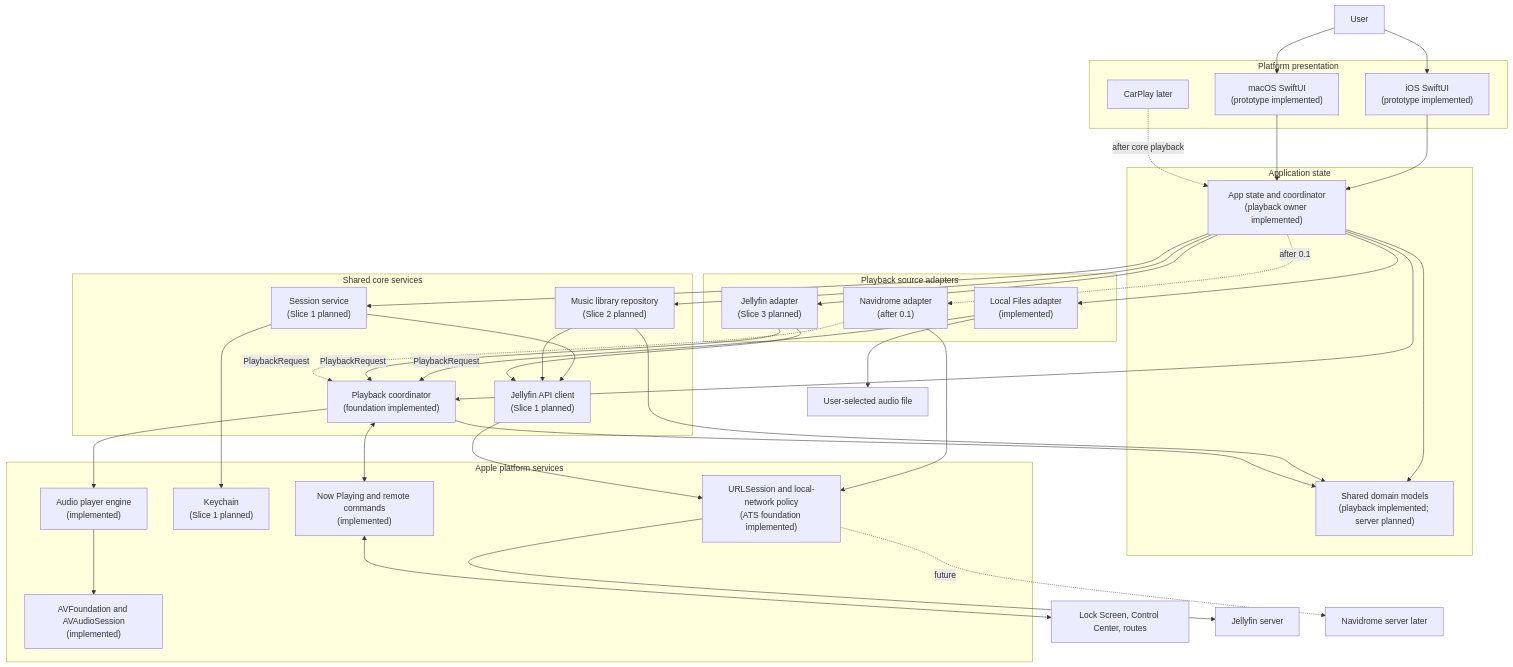
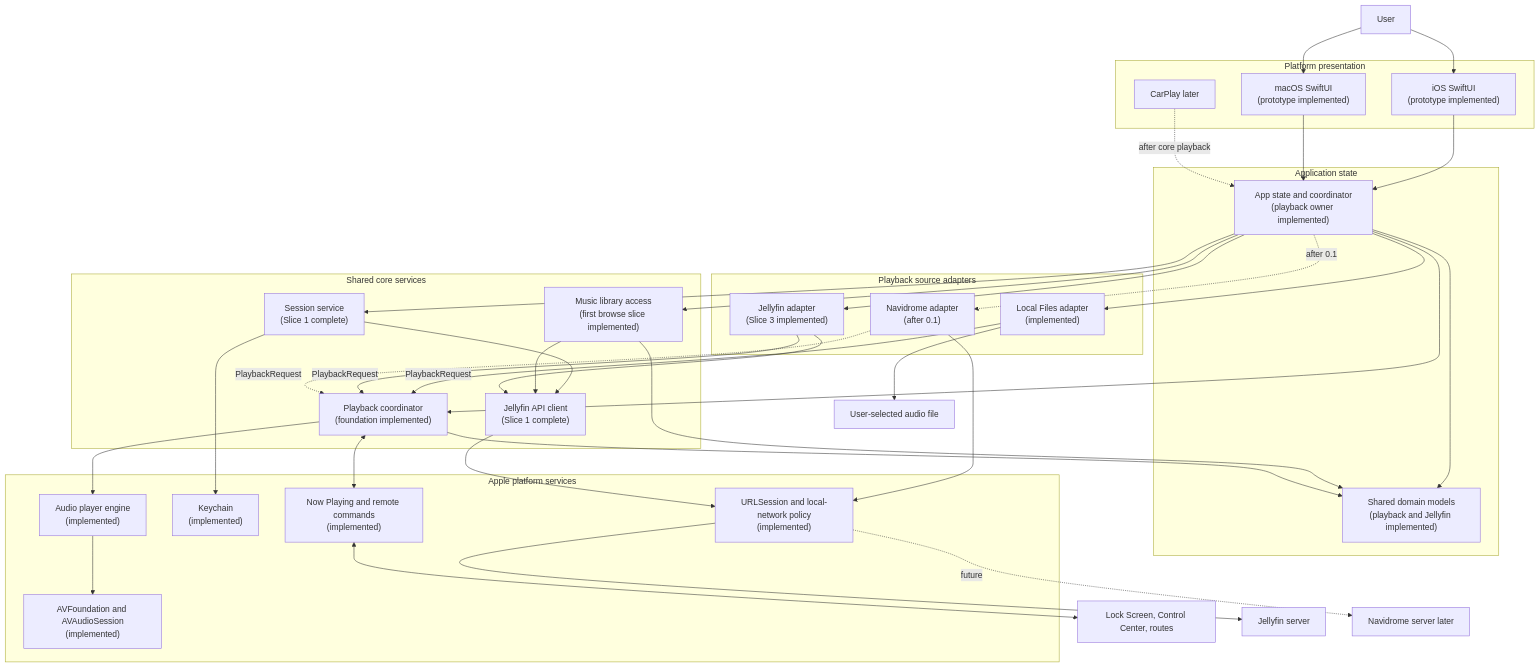
The first of 4 diagrams in docs/architecture.md (schillt/velacanto), drawn with Mermaid before and after one commit. The commit also changed other lines of this file and 14 other files, not shown here.

First line of the commit message:
Complete initial Jellyfin vertical slice

````diff
--- a/docs/architecture.md
+++ b/docs/architecture.md
@@ -9,74 +9,74 @@
 ```mermaid
 flowchart TB
     User["User"]
     SystemUI["Lock Screen, Control Center, routes"]
 
     subgraph Presentation["Platform presentation"]
         IOS["iOS SwiftUI<br/>(prototype implemented)"]
         Mac["macOS SwiftUI<br/>(prototype implemented)"]
         CarPlay["CarPlay later"]
     end
 
     subgraph Application["Application state"]
         Coordinator["App state and coordinator<br/>(playback owner implemented)"]
-        Models["Shared domain models<br/>(playback implemented; server planned)"]
+        Models["Shared domain models<br/>(playback and Jellyfin implemented)"]
     end
 
     subgraph Core["Shared core services"]
-        Session["Session service<br/>(Slice 1 planned)"]
-        API["Jellyfin API client<br/>(Slice 1 planned)"]
-        Library["Music library repository<br/>(Slice 2 planned)"]
+        Session["Session service<br/>(Slice 1 complete)"]
+        API["Jellyfin API client<br/>(Slice 1 complete)"]
+        Library["Music library access<br/>(first browse slice implemented)"]
         Playback["Playback coordinator<br/>(foundation implemented)"]
     end
 
     subgraph Sources["Playback source adapters"]
         LocalAdapter["Local Files adapter<br/>(implemented)"]
-        JellyfinAdapter["Jellyfin adapter<br/>(Slice 3 planned)"]
+        JellyfinAdapter["Jellyfin adapter<br/>(Slice 3 implemented)"]
         NavidromeAdapter["Navidrome adapter<br/>(after 0.1)"]
     end
 
     subgraph Apple["Apple platform services"]
-        Networking["URLSession and local-network policy<br/>(ATS foundation implemented)"]
-        Keychain["Keychain<br/>(Slice 1 planned)"]
+        Networking["URLSession and local-network policy<br/>(implemented)"]
+        Keychain["Keychain<br/>(implemented)"]
         Engine["Audio player engine<br/>(implemented)"]
         AV["AVFoundation and AVAudioSession<br/>(implemented)"]
         Media["Now Playing and remote commands<br/>(implemented)"]
     end
 
     LocalFile["User-selected audio file"]
     Jellyfin["Jellyfin server"]
     Navidrome["Navidrome server later"]
 
     User --> IOS
     User --> Mac
     IOS --> Coordinator
     Mac --> Coordinator
     CarPlay -. "after core playback" .-> Coordinator
 
     Coordinator --> Session
     Coordinator --> Library
     Coordinator --> Playback
     Coordinator --> Models
     Coordinator --> LocalAdapter
     Coordinator --> JellyfinAdapter
     Coordinator -. "after 0.1" .-> NavidromeAdapter
 
     Session --> API
     Session --> Keychain
     Library --> API
     Library --> Models
     Playback --> Models
     LocalAdapter -- "PlaybackRequest" --> Playback
     JellyfinAdapter -- "PlaybackRequest" --> Playback
     NavidromeAdapter -. "PlaybackRequest" .-> Playback
     LocalAdapter --> LocalFile
     JellyfinAdapter --> API
     NavidromeAdapter --> Networking
     API --> Networking
     Networking --> Jellyfin
     Networking -. "future" .-> Navidrome
     Playback --> Engine
     Engine --> AV
     Playback <--> Media
     Media <--> SystemUI
 ```
````
